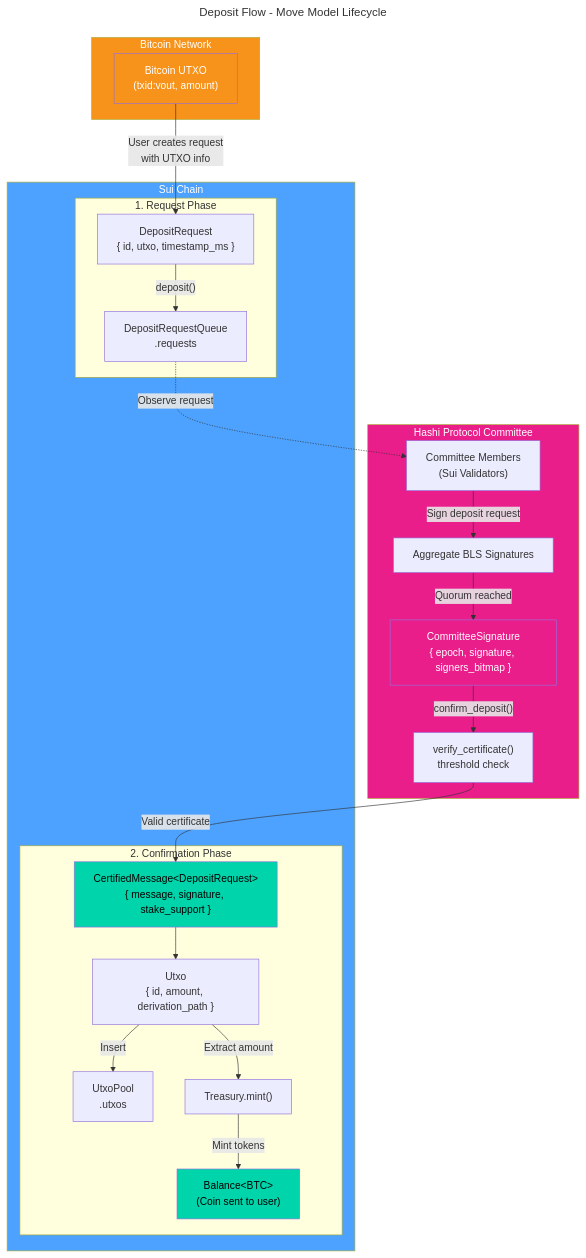
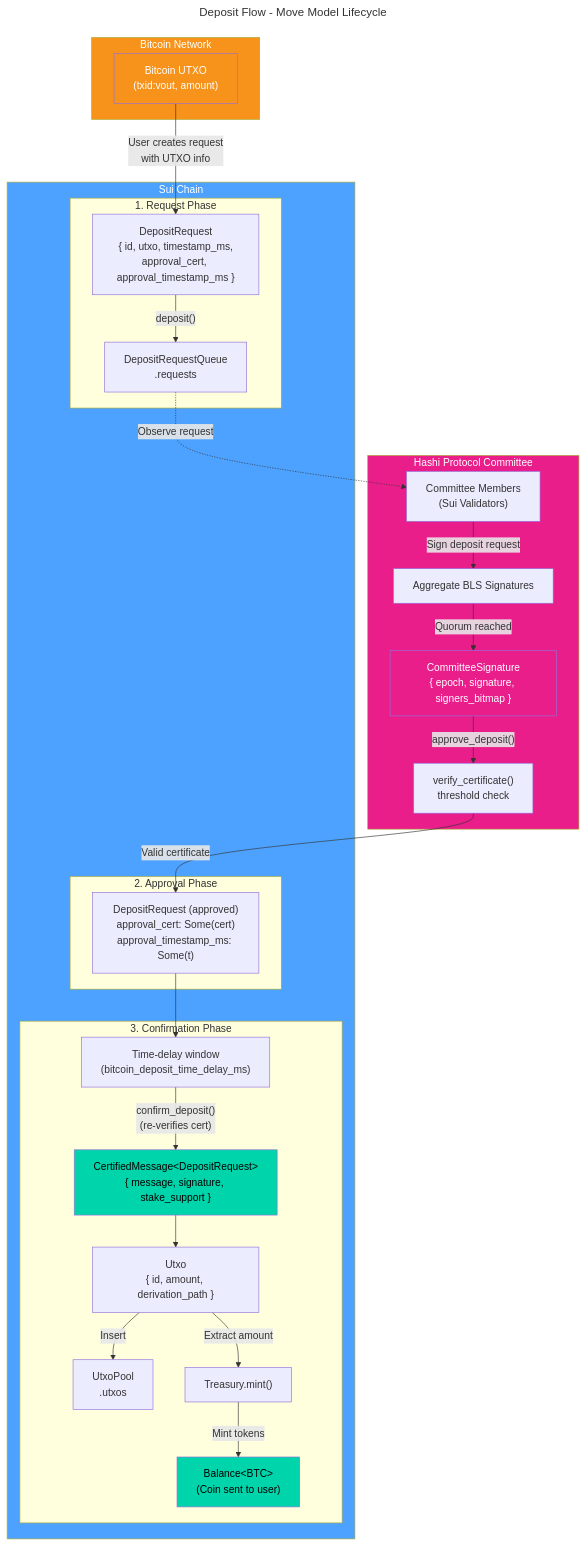
Before and after one commit to MystenLabs/hashi: the first of 2 diagrams in design/src/move-model-lifecycle.md, drawn with Mermaid. The commit also changed other lines of this file and 19 other files, not shown here.

Commit message:
deposit: introduce a deposit time delay (#504)

````diff
--- a/design/src/move-model-lifecycle.md
+++ b/design/src/move-model-lifecycle.md
@@ -7,51 +7,58 @@
 ```mermaid
 ---
 title: Deposit Flow - Move Model Lifecycle
 ---
 flowchart TD
     subgraph Bitcoin["Bitcoin Network"]
         BTC_UTXO["Bitcoin UTXO<br/>(txid:vout, amount)"]
     end
 
     subgraph Committee["Hashi Protocol Committee"]
         MEMBERS["Committee Members<br/>(Sui Validators)"]
         SIGN["Aggregate BLS Signatures"]
         CERT["CommitteeSignature<br/>{ epoch, signature, signers_bitmap }"]
         VERIFY["verify_certificate()<br/>threshold check"]
     end
 
     subgraph Sui["Sui Chain"]
         subgraph DepositPhase["1. Request Phase"]
-            DR["DepositRequest<br/>{ id, utxo, timestamp_ms }"]
+            DR["DepositRequest<br/>{ id, utxo, timestamp_ms,<br/>approval_cert, approval_timestamp_ms }"]
             DRQ["DepositRequestQueue<br/>.requests"]
         end
 
-        subgraph ConfirmPhase["2. Confirmation Phase"]
+        subgraph ApprovePhase["2. Approval Phase"]
+            APPROVED["DepositRequest (approved)<br/>approval_cert: Some(cert)<br/>approval_timestamp_ms: Some(t)"]
+        end
+
+        subgraph ConfirmPhase["3. Confirmation Phase"]
+            DELAY["Time-delay window<br/>(bitcoin_deposit_time_delay_ms)"]
             CERTIFIED["CertifiedMessage&lt;DepositRequest&gt;<br/>{ message, signature, stake_support }"]
             UTXO["Utxo<br/>{ id, amount, derivation_path }"]
             POOL["UtxoPool<br/>.utxos"]
             MINT["Treasury.mint()"]
             BAL["Balance&lt;BTC&gt;<br/>(Coin sent to user)"]
         end
     end
 
     BTC_UTXO -->|"User creates request<br/>with UTXO info"| DR
     DR -->|"deposit()"| DRQ
     DRQ -.->|"Observe request"| MEMBERS
     MEMBERS -->|"Sign deposit request"| SIGN
     SIGN -->|"Quorum reached"| CERT
-    CERT -->|"confirm_deposit()"| VERIFY
-    VERIFY -->|"Valid certificate"| CERTIFIED
+    CERT -->|"approve_deposit()"| VERIFY
+    VERIFY -->|"Valid certificate"| APPROVED
+    APPROVED --> DELAY
+    DELAY -->|"confirm_deposit()<br/>(re-verifies cert)"| CERTIFIED
     CERTIFIED --> UTXO
     UTXO -->|"Insert"| POOL
     UTXO -->|"Extract amount"| MINT
     MINT -->|"Mint tokens"| BAL
 
     style Bitcoin fill:#f7931a,color:#fff
     style Committee fill:#E91E8A,color:#fff
     style Sui fill:#4da2ff,color:#fff
     style BAL fill:#00d4aa,color:#000
     style BTC_UTXO fill:#f7931a,color:#fff
     style CERT fill:#E91E8A,color:#fff
     style CERTIFIED fill:#00d4aa,color:#000
 ```
````
